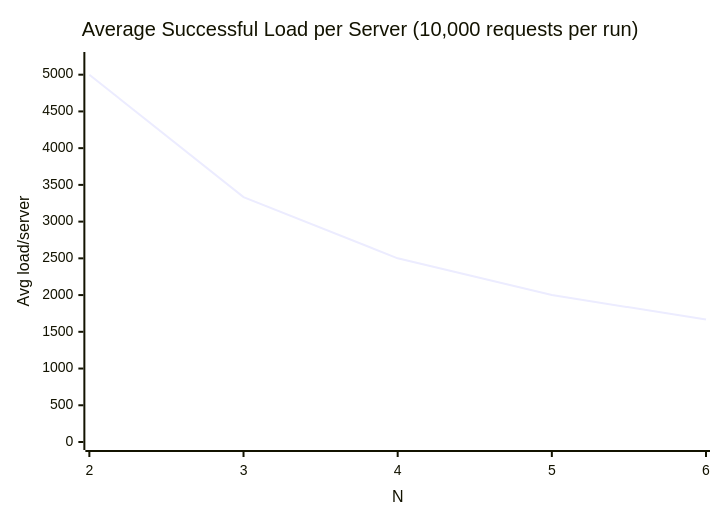
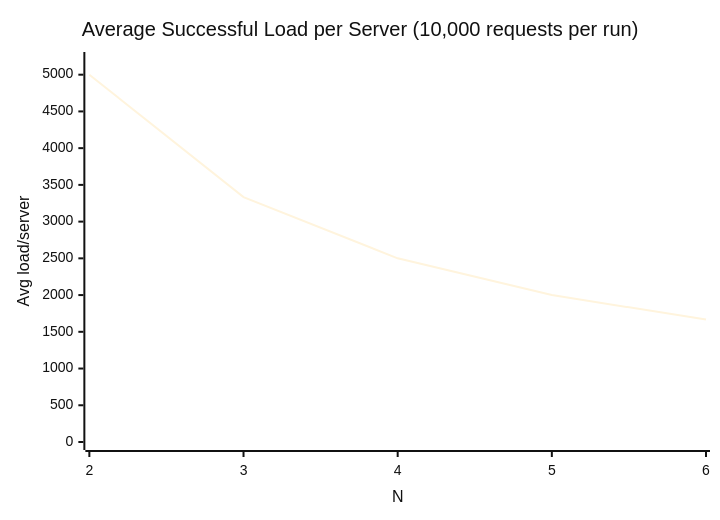
The third of 4 diagrams in README.md (AmyMugeni/LoadBalancer), drawn with Mermaid before and after one commit. The commit also changed other lines of this file, not shown here.

Commit message:
background

````diff
--- a/README.md
+++ b/README.md
@@ -400,7 +402,8 @@
 ```mermaid
+%%{init: {'theme': 'base', 'themeVariables': { 'background': '#ffffff', 'primaryColor': '#7c3aed', 'primaryBorderColor': '#5b21b6', 'primaryTextColor': '#111111', 'lineColor': '#5b21b6', 'textColor': '#111111', 'fontSize': '16px' }}}%%
 xychart-beta
   title "Average Successful Load per Server (10,000 requests per run)"
   x-axis "N" [2, 3, 4, 5, 6]
   y-axis "Avg load/server" 0 --> 5200
   line [5000, 3333.33, 2500, 2000, 1666.67]
 ```
````
